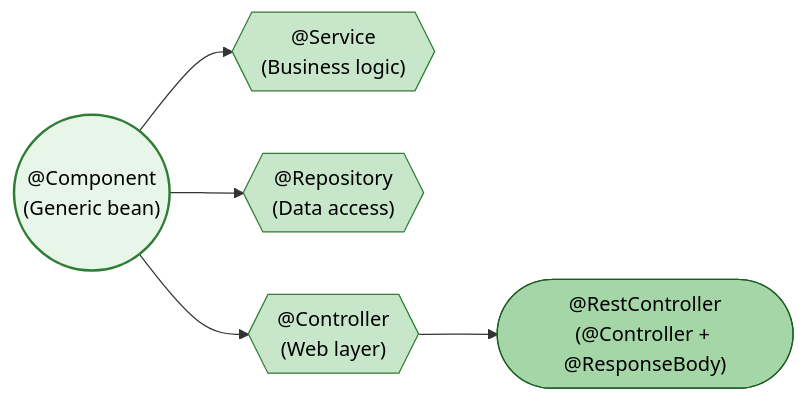
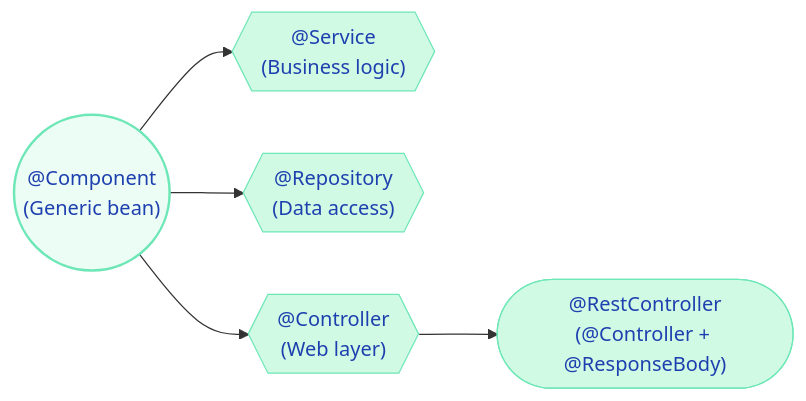
The second of 2 diagrams in docs/springboot/Annotations.md (saivamsikaruturi/vamsilabs-dev-notes-main), drawn with Mermaid before and after one commit. The commit also changed other lines of this file and 220 other files, not shown here.

First line of the commit message:
Add 50+ new Java/Spring Boot pages, rewrite CSS code blocks to Oracle style, fix all diagram colors

````diff
--- a/docs/springboot/Annotations.md
+++ b/docs/springboot/Annotations.md
@@ -67,14 +67,14 @@
 ```mermaid
 flowchart LR
     C(("@Component<br/>(Generic bean)"))
     C --> S{{"@Service<br/>(Business logic)"}}
     C --> R{{"@Repository<br/>(Data access)"}}
     C --> Ctrl{{"@Controller<br/>(Web layer)"}}
     Ctrl --> RC(["@RestController<br/>(@Controller + @ResponseBody)"])
 
-    style C fill:#E8F5E9,stroke:#2E7D32,stroke-width:2px,color:#000
-    style S fill:#C8E6C9,stroke:#2E7D32,color:#000
-    style R fill:#C8E6C9,stroke:#2E7D32,color:#000
-    style Ctrl fill:#C8E6C9,stroke:#2E7D32,color:#000
-    style RC fill:#A5D6A7,stroke:#1B5E20,color:#000
+    style C fill:#ECFDF5,stroke:#6EE7B7,stroke-width:2px,color:#1E40AF
+    style S fill:#D1FAE5,stroke:#6EE7B7,color:#1E40AF
+    style R fill:#D1FAE5,stroke:#6EE7B7,color:#1E40AF
+    style Ctrl fill:#D1FAE5,stroke:#6EE7B7,color:#1E40AF
+    style RC fill:#D1FAE5,stroke:#6EE7B7,color:#1E40AF
 ```
````
